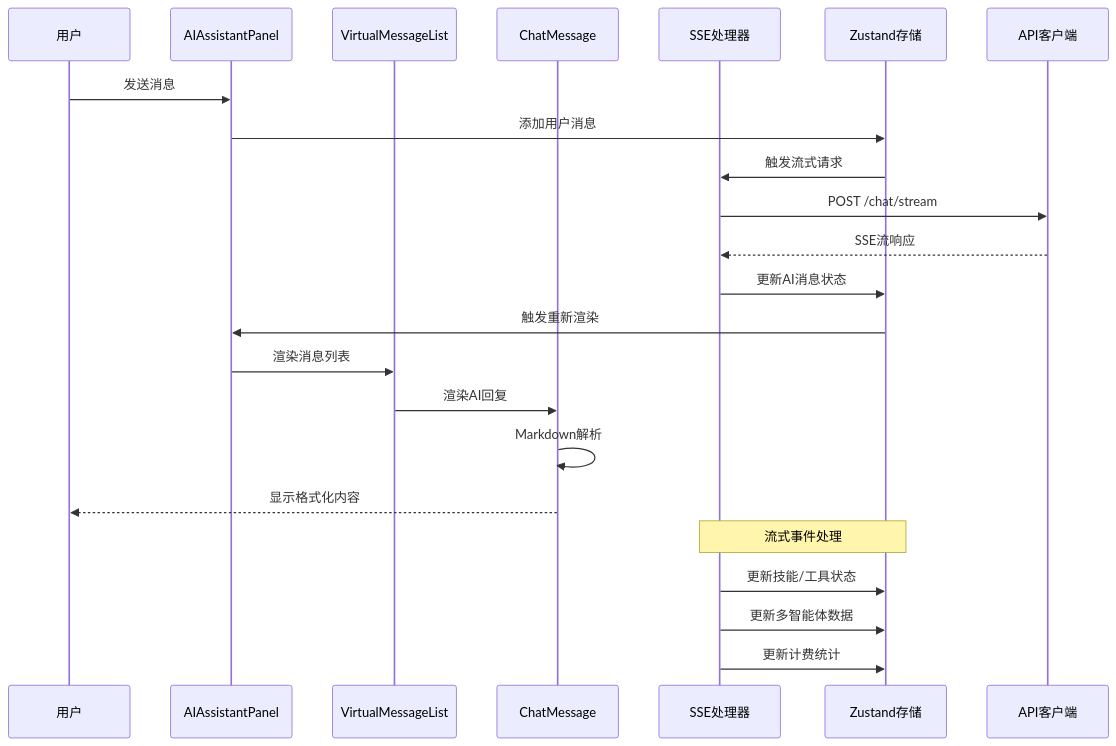
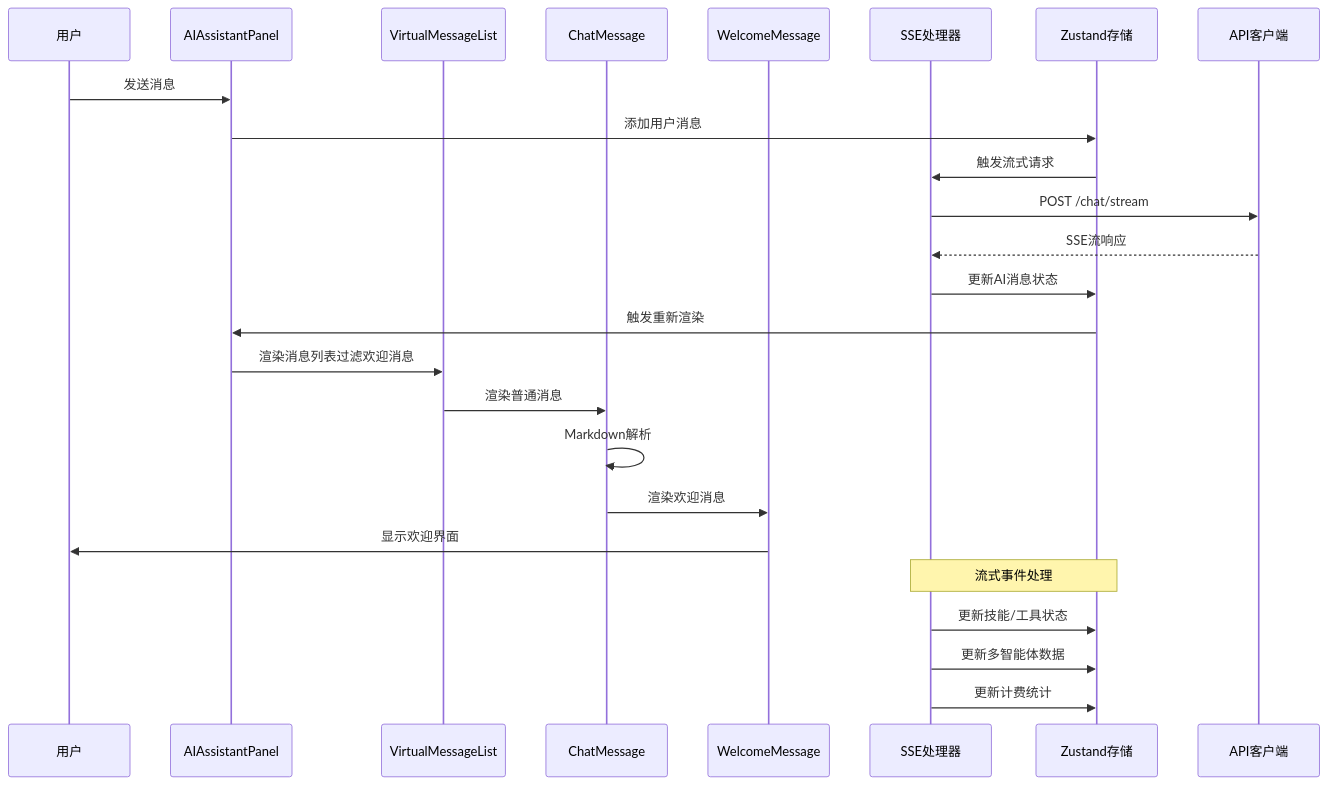
One commit to KunLabAI/KunFlix changed the second of 7 diagrams in .qoder/repowiki/zh/content/前端应用架构/UI组件库/虚拟化聊天渲染.md. Above: the diagram before and after it, drawn with Mermaid. The commit also changed other lines of this file and 22 other files, not shown here.

````diff
--- a/.qoder/repowiki/zh/content/前端应用架构/UI组件库/虚拟化聊天渲染.md
+++ b/.qoder/repowiki/zh/content/前端应用架构/UI组件库/虚拟化聊天渲染.md
@@ -161,25 +182,27 @@
 ```mermaid
 sequenceDiagram
 participant User as 用户
 participant AAP as AIAssistantPanel
 participant VML as VirtualMessageList
 participant CM as ChatMessage
+participant WM as WelcomeMessage
 participant SSE as SSE处理器
 participant Store as Zustand存储
 participant API as API客户端
 User->>AAP : 发送消息
 AAP->>Store : 添加用户消息
 Store->>SSE : 触发流式请求
 SSE->>API : POST /chat/stream
 API-->>SSE : SSE流响应
 SSE->>Store : 更新AI消息状态
 Store->>AAP : 触发重新渲染
-AAP->>VML : 渲染消息列表
-VML->>CM : 渲染AI回复
+AAP->>VML : 渲染消息列表过滤欢迎消息
+VML->>CM : 渲染普通消息
 CM->>CM : Markdown解析
-CM-->>User : 显示格式化内容
+CM->>WM : 渲染欢迎消息
+WM->>User : 显示欢迎界面
 Note over SSE,Store : 流式事件处理
 SSE->>Store : 更新技能/工具状态
 SSE->>Store : 更新多智能体数据
 SSE->>Store : 更新计费统计
 ```
````
